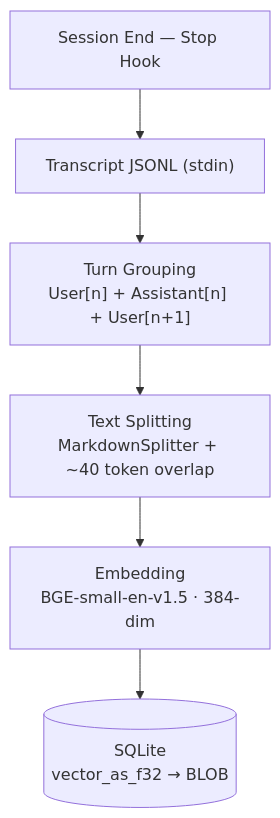
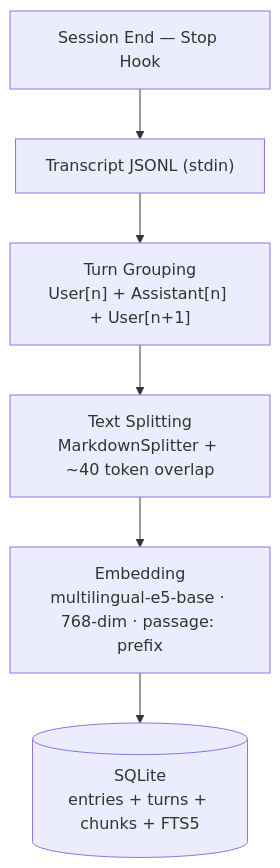
One commit to fenv-org/mementor changed the first of 2 diagrams in README.md. Above: the diagram before and after it, drawn with Mermaid. The commit also changed other lines of this file and 6 other files, not shown here.

````diff
--- a/README.md
+++ b/README.md
@@ -100,8 +164,8 @@
 ```mermaid
 flowchart TD
     A["Session End — Stop Hook"] --> B["Transcript JSONL (stdin)"]
     B --> C["Turn Grouping<br/>User[n] + Assistant[n] + User[n+1]"]
     C --> D["Text Splitting<br/>MarkdownSplitter + ~40 token overlap"]
-    D --> E["Embedding<br/>BGE-small-en-v1.5 · 384-dim"]
-    E --> F[("SQLite<br/>vector_as_f32 → BLOB")]
+    D --> E["Embedding<br/>multilingual-e5-base · 768-dim · passage: prefix"]
+    E --> F[("SQLite<br/>entries + turns + chunks + FTS5")]
 ```
````
